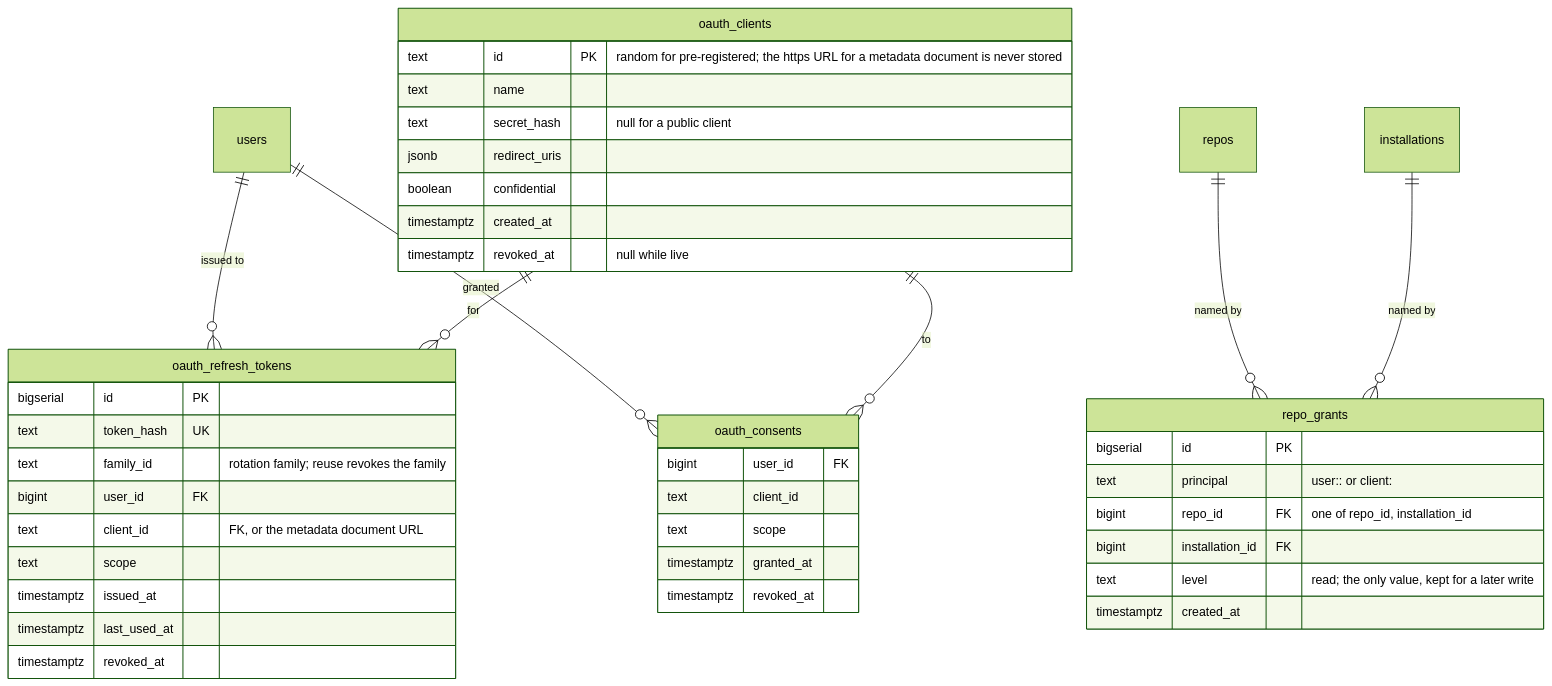
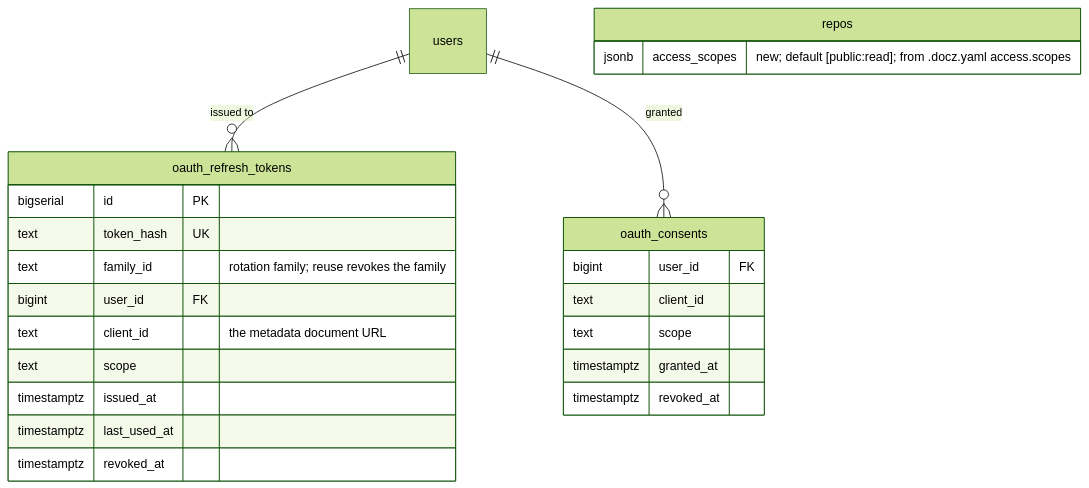
Before and after one commit to donaldgifford/docz: the fourth of 4 diagrams in docs/design/0023-a-read-only-mcp-server-in-docz-api-oauth-21-tokens-tools-and.md, drawn with Mermaid (forest theme). The commit also changed other lines of this file and 2 other files, not shown here.

````diff
--- a/docs/design/0023-a-read-only-mcp-server-in-docz-api-oauth-21-tokens-tools-and.md
+++ b/docs/design/0023-a-read-only-mcp-server-in-docz-api-oauth-21-tokens-tools-and.md
@@ -776,44 +858,26 @@
 ```mermaid
 erDiagram
   users ||--o{ oauth_refresh_tokens : "issued to"
   users ||--o{ oauth_consents : "granted"
-  oauth_clients ||--o{ oauth_refresh_tokens : "for"
-  oauth_clients ||--o{ oauth_consents : "to"
-  repos ||--o{ repo_grants : "named by"
-  installations ||--o{ repo_grants : "named by"
-  oauth_clients {
-    text id PK "random for pre-registered; the https URL for a metadata document is never stored"
-    text name
-    text secret_hash "null for a public client"
-    jsonb redirect_uris
-    boolean confidential
-    timestamptz created_at
-    timestamptz revoked_at "null while live"
+  repos {
+    jsonb access_scopes "new; default [public:read]; from .docz.yaml access.scopes"
   }
   oauth_refresh_tokens {
     bigserial id PK
     text token_hash UK
     text family_id "rotation family; reuse revokes the family"
     bigint user_id FK
-    text client_id "FK, or the metadata document URL"
+    text client_id "the metadata document URL"
     text scope
     timestamptz issued_at
     timestamptz last_used_at
     timestamptz revoked_at
   }
   oauth_consents {
     bigint user_id FK
     text client_id
     text scope
     timestamptz granted_at
     timestamptz revoked_at
   }
-  repo_grants {
-    bigserial id PK
-    text principal "user:<provider>:<subject> or client:<id>"
-    bigint repo_id FK "one of repo_id, installation_id"
-    bigint installation_id FK
-    text level "read; the only value, kept for a later write"
-    timestamptz created_at
-  }
 ```
````
